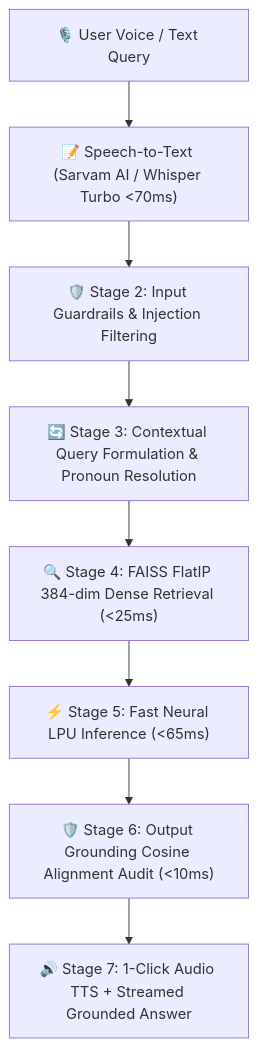
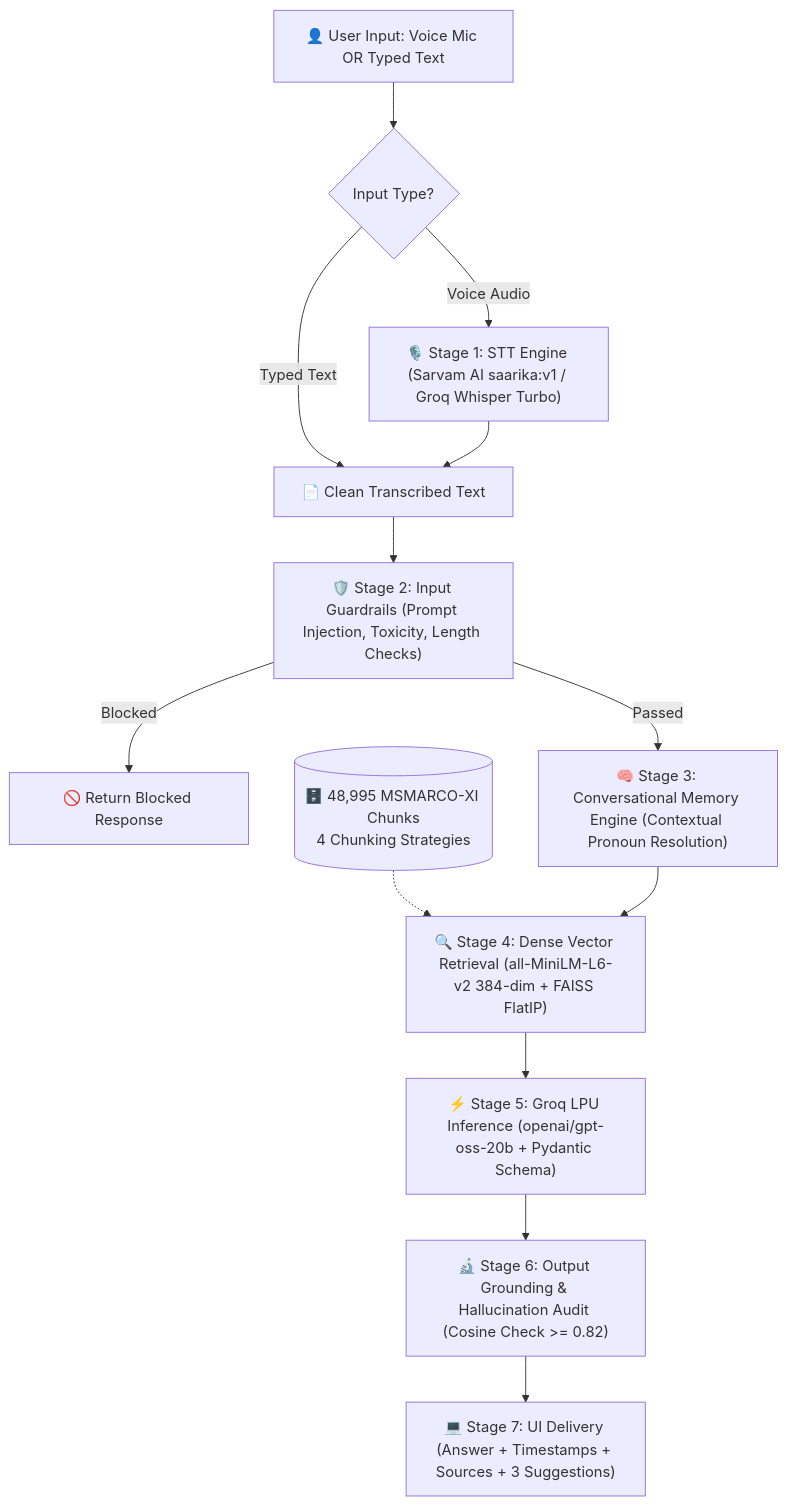
The diagram in README.md (gkm563/VoxRAG), drawn with Mermaid before and after one commit. The commit also changed other lines of this file and 2 other files, not shown here.

Commit message:
feat(architecture): replace static architecture image with live interactive branching flowchart visualizer with simulation modes across landing page, docs, and README

````diff
--- a/README.md
+++ b/README.md
@@ -61,10 +55,15 @@
 ```mermaid
 flowchart TD
-    A["🎙️ User Voice / Text Query"] --> B["📝 Speech-to-Text (Sarvam AI / Whisper Turbo <70ms)"]
-    B --> C["🛡️ Stage 2: Input Guardrails & Injection Filtering"]
-    C --> D["🔄 Stage 3: Contextual Query Formulation & Pronoun Resolution"]
-    D --> E["🔍 Stage 4: FAISS FlatIP 384-dim Dense Retrieval (<25ms)"]
-    E --> F["⚡ Stage 5: Fast Neural LPU Inference (<65ms)"]
-    F --> G["🛡️ Stage 6: Output Grounding Cosine Alignment Audit (<10ms)"]
-    G --> H["🔊 Stage 7: 1-Click Audio TTS + Streamed Grounded Answer"]
+    A["👤 User Input: Voice Mic OR Typed Text"] --> B{"Input Type?"}
+    B -- "Voice Audio" --> C["🎙️ Stage 1: STT Engine (Sarvam AI saarika:v1 / Groq Whisper Turbo)"]
+    B -- "Typed Text" --> D["📄 Clean Transcribed Text"]
+    C --> D
+    D --> E["🛡️ Stage 2: Input Guardrails (Prompt Injection, Toxicity, Length Checks)"]
+    E -- "Blocked" --> F["🚫 Return Blocked Response"]
+    E -- "Passed" --> G["🧠 Stage 3: Conversational Memory Engine (Contextual Pronoun Resolution)"]
+    H[("🗄️ 48,995 MSMARCO-XI Chunks\n4 Chunking Strategies")] -.-> I["🔍 Stage 4: Dense Vector Retrieval (all-MiniLM-L6-v2 384-dim + FAISS FlatIP)"]
+    G --> I
+    I --> J["⚡ Stage 5: Groq LPU Inference (openai/gpt-oss-20b + Pydantic Schema)"]
+    J --> K["🔬 Stage 6: Output Grounding & Hallucination Audit (Cosine Check >= 0.82)"]
+    K --> L["💻 Stage 7: UI Delivery (Answer + Timestamps + Sources + 3 Suggestions)"]
 ```
````
